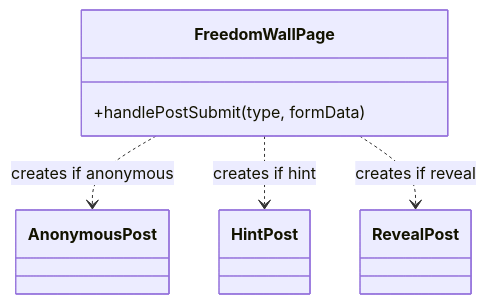
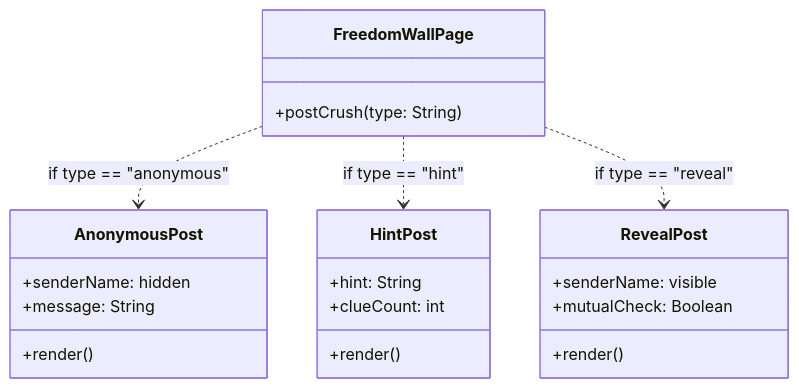
Before and after one commit to InnovaTxch/CMSC129_Activity2_DesignPatterns: the first of 2 diagrams in README.md, drawn with Mermaid. The commit also changed other lines of this file, not shown here.

````diff
--- a/README.md
+++ b/README.md
@@ -31,14 +35,24 @@
 ```mermaid
 classDiagram
     class FreedomWallPage {
-        +handlePostSubmit(type, formData)
+        +postCrush(type: String)
     }
-
-    class AnonymousPost
-    class HintPost
-    class RevealPost
-
-    FreedomWallPage ..> AnonymousPost : creates if anonymous
-    FreedomWallPage ..> HintPost : creates if hint
-    FreedomWallPage ..> RevealPost : creates if reveal
+    class AnonymousPost {
+        +senderName: hidden
+        +message: String
+        +render()
+    }
+    class HintPost {
+        +hint: String
+        +clueCount: int
+        +render()
+    }
+    class RevealPost {
+        +senderName: visible
+        +mutualCheck: Boolean
+        +render()
+    }
+    FreedomWallPage ..> AnonymousPost : if type == "anonymous"
+    FreedomWallPage ..> HintPost : if type == "hint"
+    FreedomWallPage ..> RevealPost : if type == "reveal"
 ```
````
